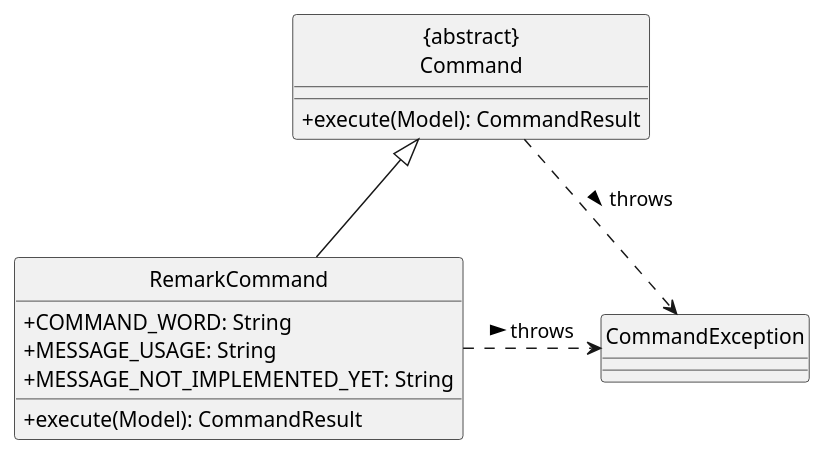
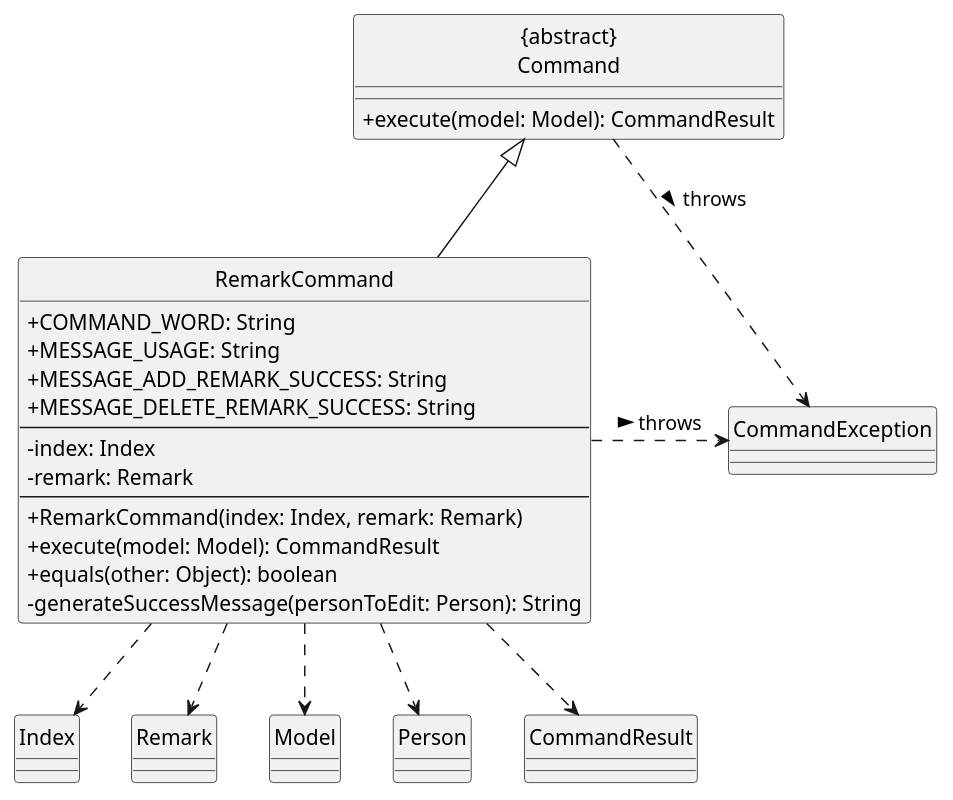
Before and after one commit to AY2526S1-CS2103T-T14-4/tp: the diagram in diagrams/add-remark/RemarkClass.puml, drawn with PlantUML. The commit also changed 22 other files, not shown here.

```diff
--- a/diagrams/add-remark/RemarkClass.puml
+++ b/diagrams/add-remark/RemarkClass.puml
@@ -1,19 +1,39 @@
 @startuml
 hide circle
 skinparam classAttributeIconSize 0
 
 Class "{abstract}\nCommand" as Command {
-  +execute(Model): CommandResult
+  +execute(model: Model): CommandResult
 }
+
 Class RemarkCommand {
   +COMMAND_WORD: String
   +MESSAGE_USAGE: String
-  +MESSAGE_NOT_IMPLEMENTED_YET: String
-  +execute(Model): CommandResult
+  +MESSAGE_ADD_REMARK_SUCCESS: String
+  +MESSAGE_DELETE_REMARK_SUCCESS: String
+  --
+  -index: Index
+  -remark: Remark
+  --
+  +RemarkCommand(index: Index, remark: Remark)
+  +execute(model: Model): CommandResult
+  +equals(other: Object): boolean
+  -generateSuccessMessage(personToEdit: Person): String
 }
+
 Class CommandException
 
+' Inheritance
 RemarkCommand -up-|> Command
-Command ..> CommandException: throws >
-RemarkCommand .right.> CommandException: throws >
+
+' Throws relationships
+Command ..> CommandException : throws >
+RemarkCommand .right.> CommandException : throws >
+
+' Useful dependencies (types used)
+RemarkCommand ..> Index
+RemarkCommand ..> Remark
+RemarkCommand ..> Model
+RemarkCommand ..> Person
+RemarkCommand ..> CommandResult
 @enduml
```
